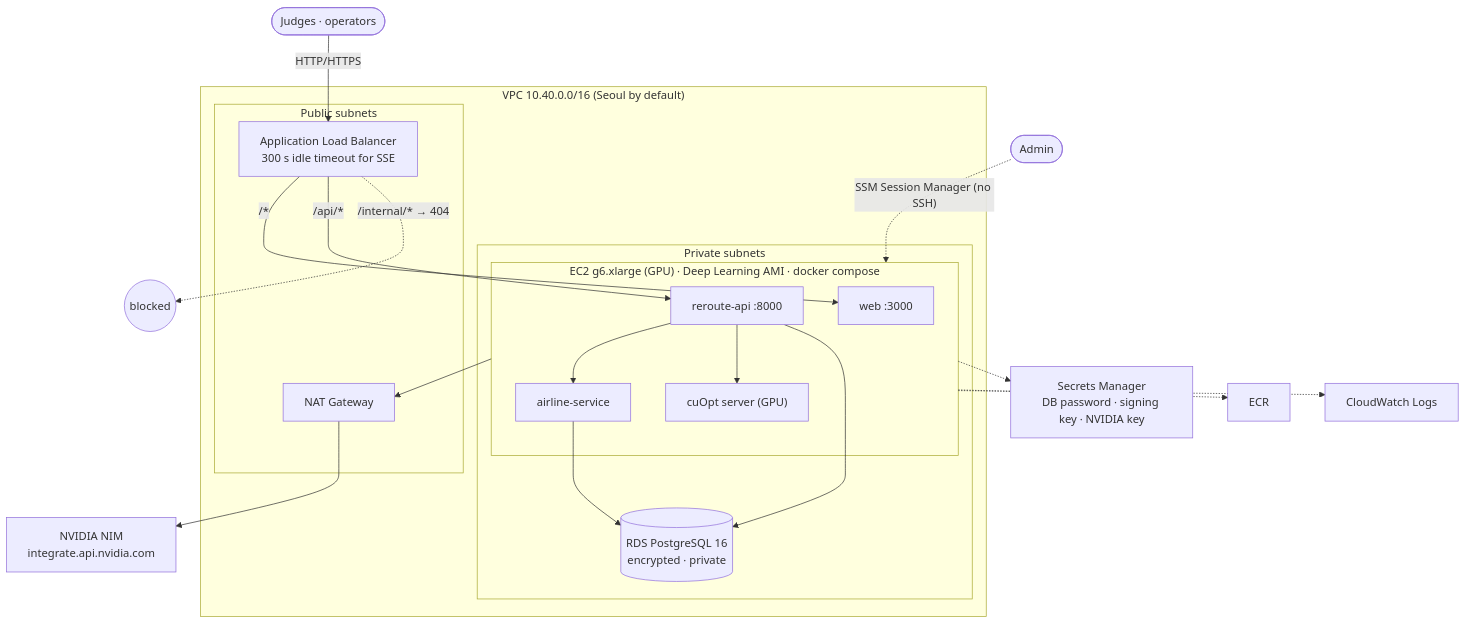
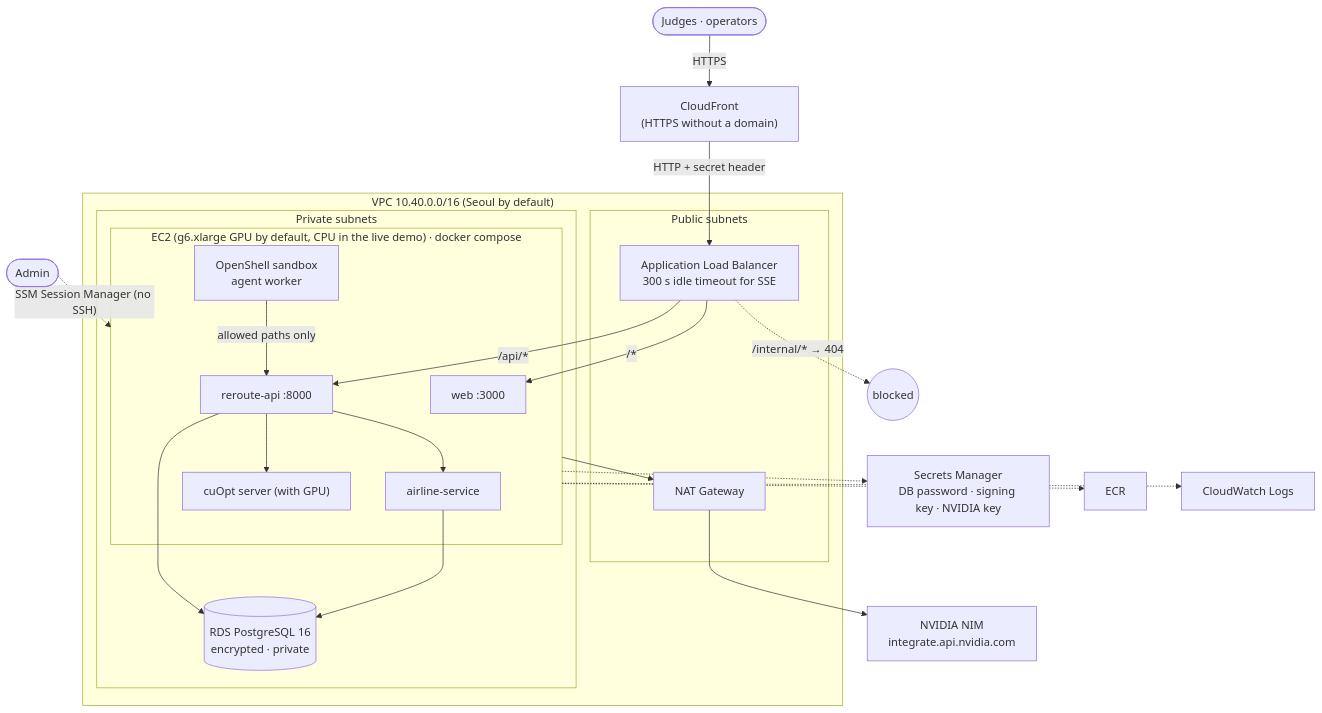
Before and after one commit to hyunolike/reroute-irops-agent: the fourth of 5 diagrams in README.en.md, drawn with Mermaid. The commit also changed other lines of this file and 14 other files, not shown here.

````diff
--- a/README.en.md
+++ b/README.en.md
@@ -245,31 +260,34 @@
 ```mermaid
 flowchart TB
-    user([Judges · operators]) -->|"HTTP/HTTPS"| alb
+    user([Judges · operators]) -->|"HTTPS"| cf["CloudFront<br/>(HTTPS without a domain)"]
+    cf -->|"HTTP + secret header"| alb
     admin([Admin]) -.->|"SSM Session Manager (no SSH)"| ec2
     subgraph vpc["VPC 10.40.0.0/16 (Seoul by default)"]
         subgraph pub["Public subnets"]
             alb["Application Load Balancer<br/>300 s idle timeout for SSE"]
             nat["NAT Gateway"]
         end
         subgraph priv["Private subnets"]
-            subgraph ec2["EC2 g6.xlarge (GPU) · Deep Learning AMI · docker compose"]
+            subgraph ec2["EC2 (g6.xlarge GPU by default, CPU in the live demo) · docker compose"]
                 web["web :3000"]
                 api["reroute-api :8000"]
                 air["airline-service"]
-                cu["cuOpt server (GPU)"]
+                cu["cuOpt server (with GPU)"]
+                sb["OpenShell sandbox<br/>agent worker"]
             end
             rds[("RDS PostgreSQL 16<br/>encrypted · private")]
         end
     end
     alb -->|"/*"| web
     alb -->|"/api/*"| api
     alb -.->|"/internal/* → 404"| blocked(("blocked"))
     api --> air
     api --> cu
     api --> rds
     air --> rds
+    sb -->|"allowed paths only"| api
     ec2 --> nat --> nim["NVIDIA NIM<br/>integrate.api.nvidia.com"]
     ec2 -.-> sm["Secrets Manager<br/>DB password · signing key · NVIDIA key"]
     ec2 -.-> ecr["ECR"]
     ec2 -.-> cw["CloudWatch Logs"]
 ```
````
